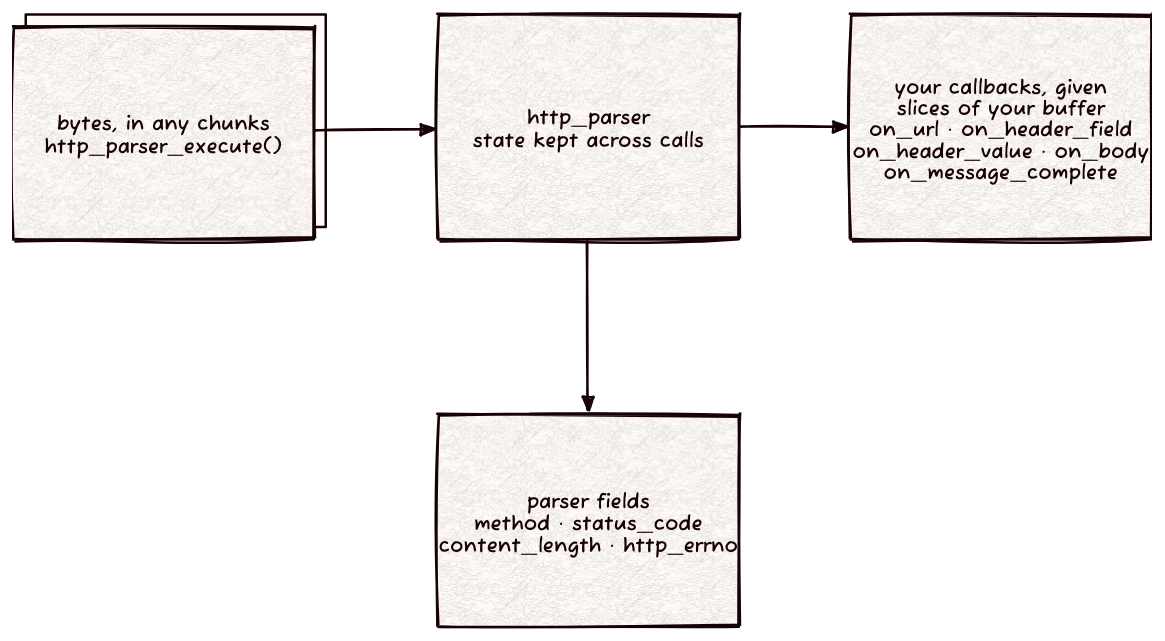
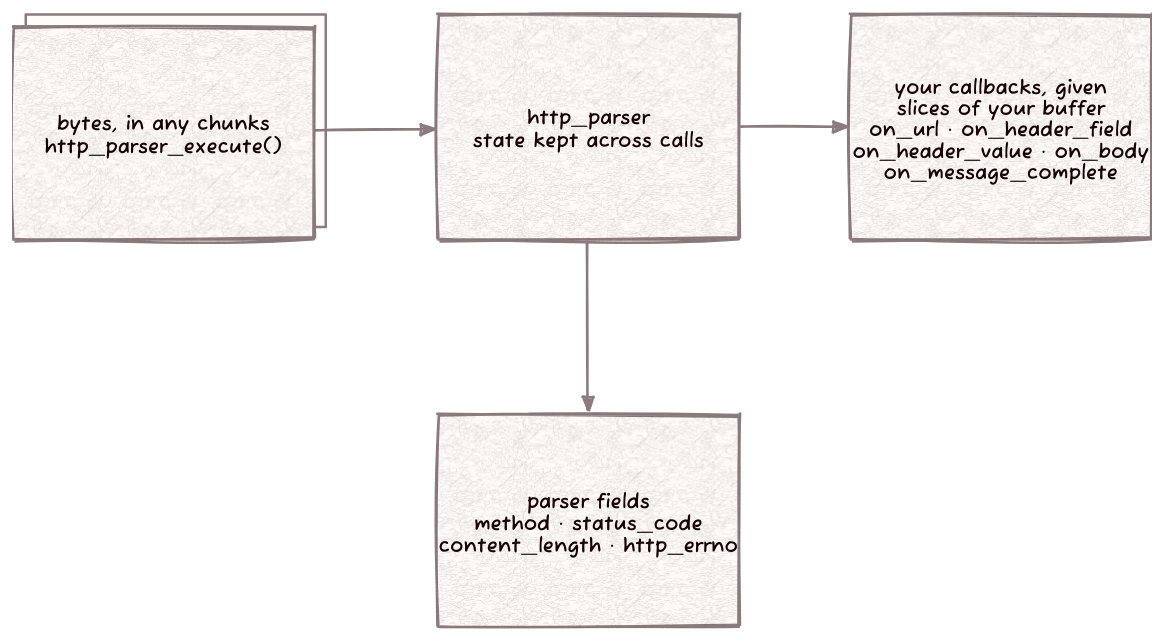
Before and after one commit to Kronuz/http-parser: the diagram in docs/http-parser.d2, drawn with D2. The commit also changed 1 other file, not shown here.

Commit message:
Render the README diagram for light and dark pages
A transparent background, mid-tone lines and mid-tone edge labels let
the one SVG read on GitHub's light and dark themes; the header carries
the settings so a plain `d2` renders it the same way.

[skip ci]

```diff
--- a/docs/http-parser.d2
+++ b/docs/http-parser.d2
@@ -1,35 +1,37 @@
 # http-parser: bytes in any framing, callbacks with slices of your own buffer.
-# Render: d2 --layout elk --sketch --theme 302 docs/http-parser.d2 docs/http-parser.svg
-vars: { d2-config: { layout-engine: elk; theme-id: 302; sketch: true; pad: 24 } }
+# Render: d2 docs/http-parser.d2 docs/http-parser.svg
+vars: { d2-config: { layout-engine: elk; theme-id: 302; sketch: true; pad: 24; theme-overrides: { B1: "#8C7B7E"; B2: "#C25B73"; N2: "#C25B73" } } }
+style.fill: transparent
+
 grid-rows: 2
 grid-columns: 3
 horizontal-gap: 90
 vertical-gap: 140
 
 wire: bytes {
   width: 240
   height: 170
   style.multiple: true
   label: "bytes, in any chunks\nhttp_parser_execute()"
 }
 parser: state machine {
   width: 240
   height: 170
   label: "http_parser\nstate kept across calls"
 }
 callbacks: your callbacks {
   width: 240
   height: 170
   label: "your callbacks, given\nslices of your buffer\non_url · on_header_field\non_header_value · on_body\non_message_complete"
 }
 gap1: "" { style.opacity: 0 }
 fields: parser fields {
   width: 240
   height: 170
   label: "parser fields\nmethod · status_code\ncontent_length · http_errno"
 }
 gap2: "" { style.opacity: 0 }
 
 wire -> parser
 parser -> callbacks
 parser -> fields
```
